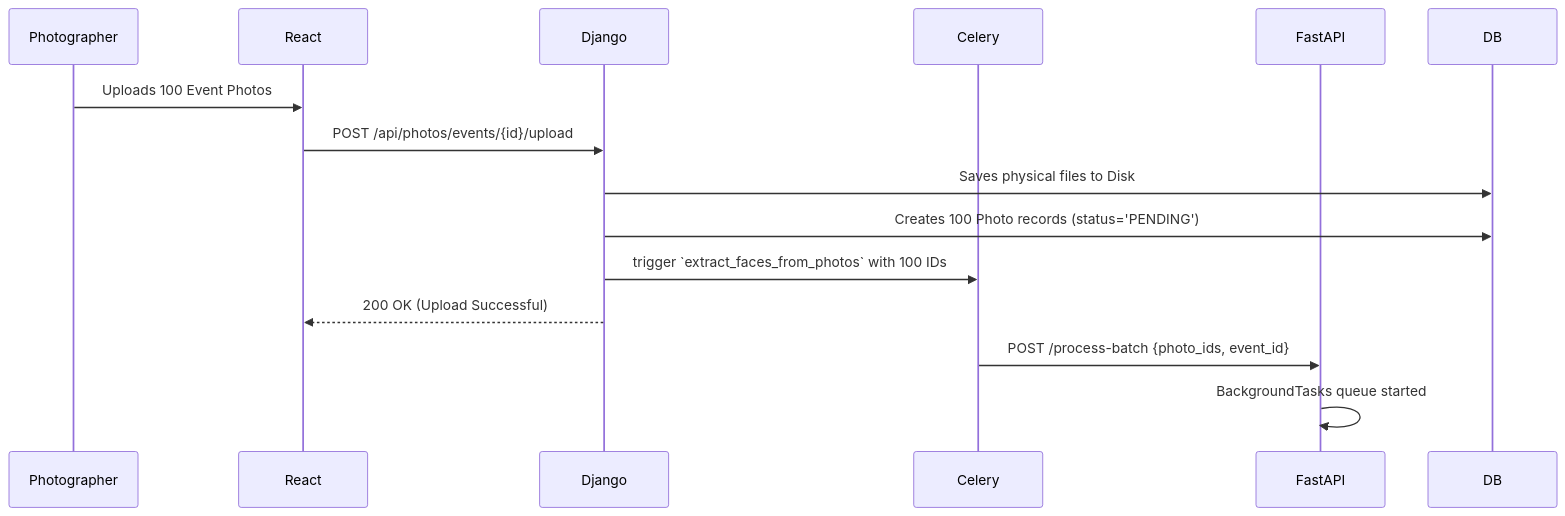
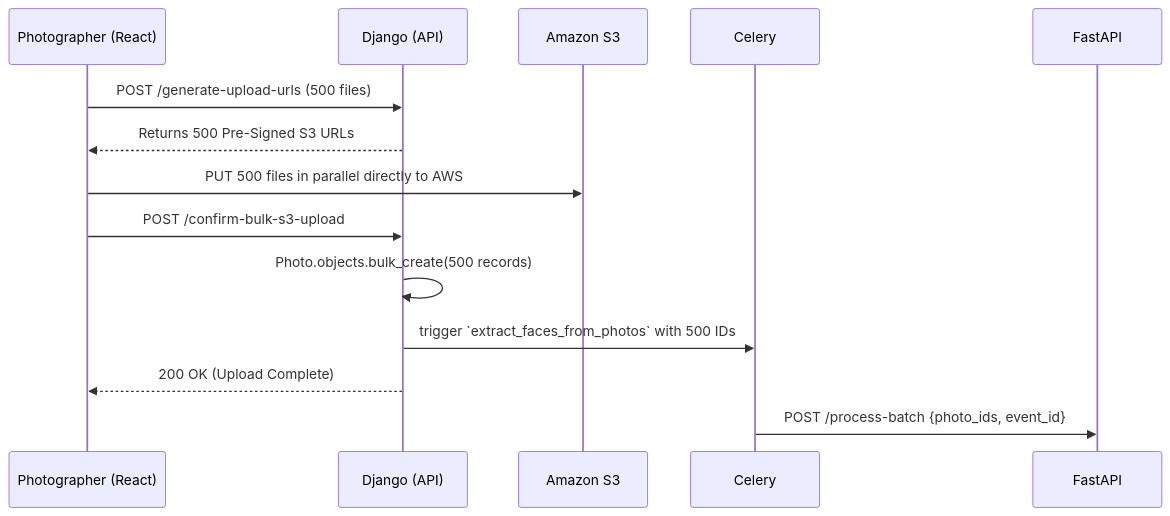
Before and after one commit to NeoEdge-Fusion-Tech/neoEventBackend: the third of 4 diagrams in docs/system_architecture.md, drawn with Mermaid. The commit also changed other lines of this file and 4 other files, not shown here.

Commit message:
feat: implement direct-to-S3 bulk photo upload workflow with presigned URLs and background AI processing.

````diff
--- a/docs/system_architecture.md
+++ b/docs/system_architecture.md
@@ -85,18 +85,17 @@
 ```mermaid
 sequenceDiagram
-    participant Photo as Photographer
-    participant React
-    participant Django
+    participant Photo as Photographer (React)
+    participant Django as Django (API)
+    participant S3 as Amazon S3
     participant Celery
     participant FastAPI
-    participant DB
 
-    Photo->>React: Uploads 100 Event Photos
-    React->>Django: POST /api/photos/events/{id}/upload
-    Django->>DB: Saves physical files to Disk
-    Django->>DB: Creates 100 Photo records (status='PENDING')
-    Django->>Celery: trigger `extract_faces_from_photos` with 100 IDs
-    Django-->>React: 200 OK (Upload Successful)
+    Photo->>Django: POST /generate-upload-urls (500 files)
+    Django-->>Photo: Returns 500 Pre-Signed S3 URLs
+    Photo->>S3: PUT 500 files in parallel directly to AWS
+    Photo->>Django: POST /confirm-bulk-s3-upload
+    Django->>Django: Photo.objects.bulk_create(500 records)
+    Django->>Celery: trigger `extract_faces_from_photos` with 500 IDs
+    Django-->>Photo: 200 OK (Upload Complete)
     Celery->>FastAPI: POST /process-batch {photo_ids, event_id}
-    FastAPI->>FastAPI: BackgroundTasks queue started
 ```
````
